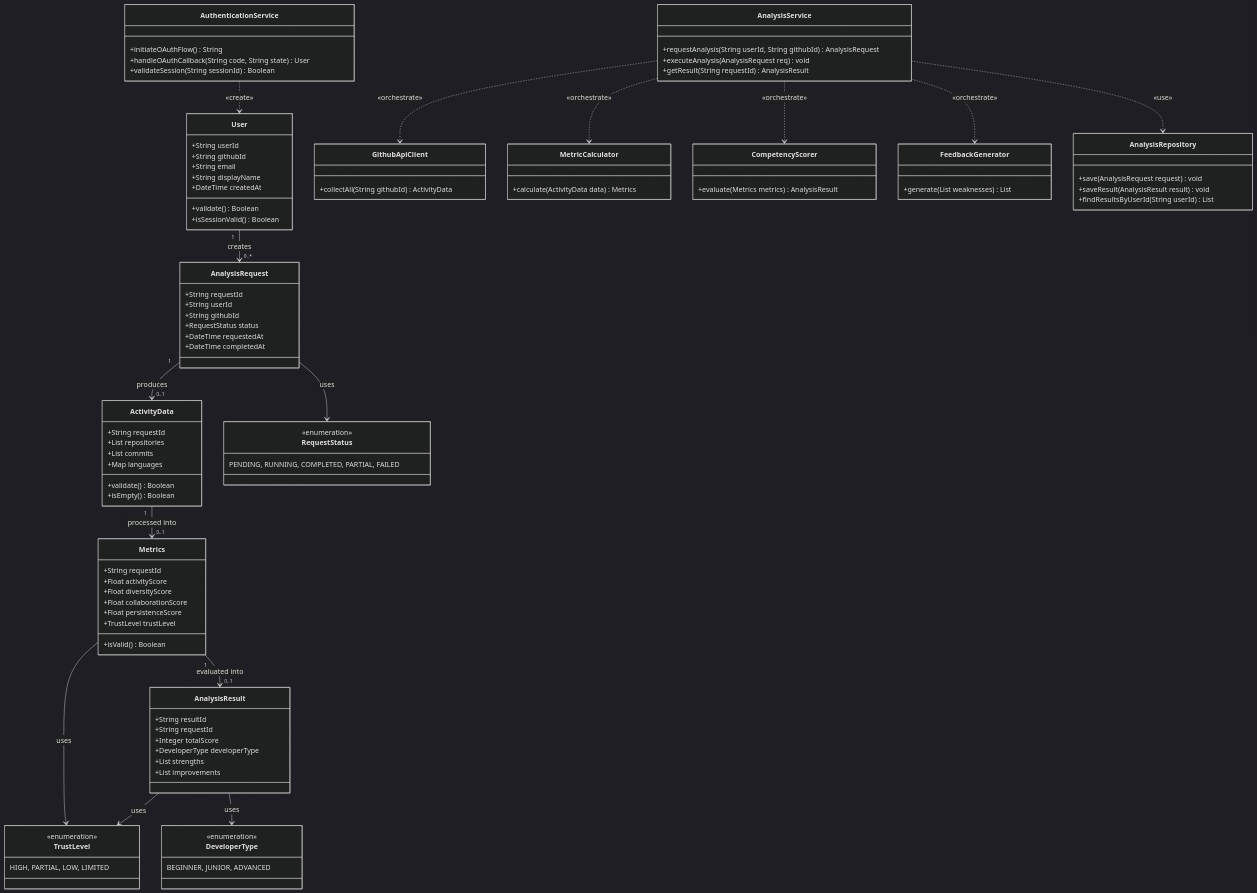
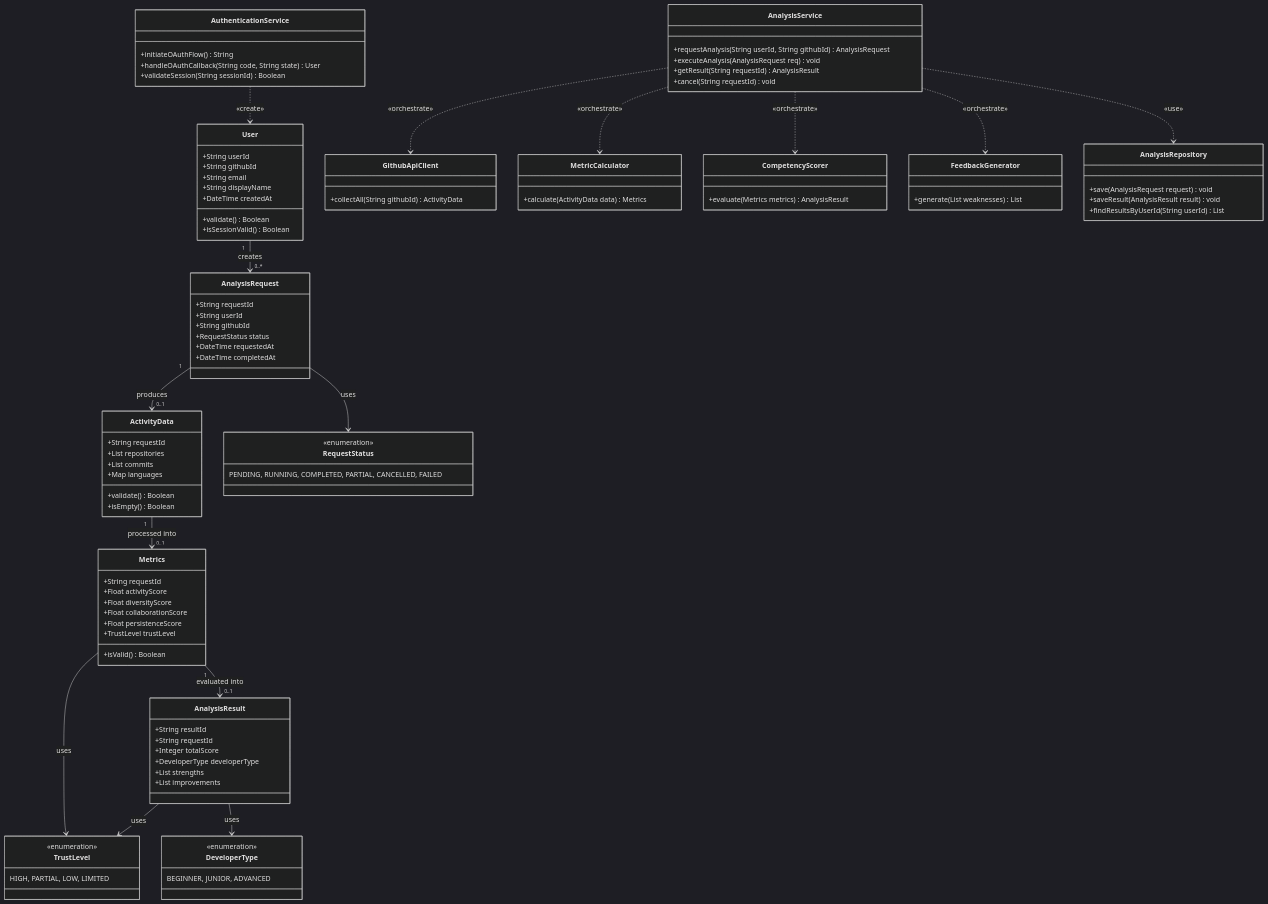
One commit to NotHyoone/OSS_Design changed the tenth of 20 diagrams in docs/project/[Design]22212046_안효원.md. Above: the diagram before and after it, drawn with Mermaid (dark theme). The commit also changed other lines of this file and 4 other files, not shown here.

Commit message:
docs: sync project diagrams with implementation

```diff
--- a/docs/project/[Design]22212046_안효원.md
+++ b/docs/project/[Design]22212046_안효원.md
@@ -748,6 +751,7 @@
         +requestAnalysis(String userId, String githubId) AnalysisRequest
         +executeAnalysis(AnalysisRequest req) void
         +getResult(String requestId) AnalysisResult
+        +cancel(String requestId) void
     }
 
     class AnalysisRepository {
@@ -759,7 +763,7 @@
     %% Enumerations
     class RequestStatus {
         <<enumeration>>
-        PENDING, RUNNING, COMPLETED, PARTIAL, FAILED
+        PENDING, RUNNING, COMPLETED, PARTIAL, CANCELLED, FAILED
     }
 
     class TrustLevel {
```
